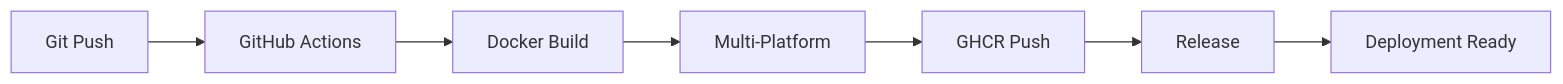
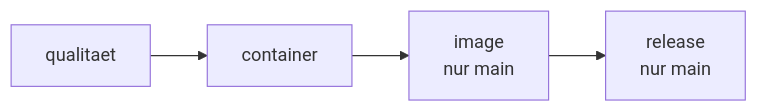
One commit to deltatree-de/iot-haus changed the diagram in GITHUB-ACTIONS.md. Above: the diagram before and after it, drawn with Mermaid. The commit also changed other lines of this file and 92 other files, not shown here.

````diff
--- a/GITHUB-ACTIONS.md
+++ b/GITHUB-ACTIONS.md
@@ -12,9 +20,6 @@
 ```mermaid
 graph LR
-    A[Git Push] --> B[GitHub Actions]
-    B --> C[Docker Build]
-    C --> D[Multi-Platform]
-    D --> E[GHCR Push]
-    E --> F[Release]
-    F --> G[Deployment Ready]
+    Q[qualitaet] --> C[container]
+    C --> I[image<br/>nur main]
+    I --> R[release<br/>nur main]
 ```
````
